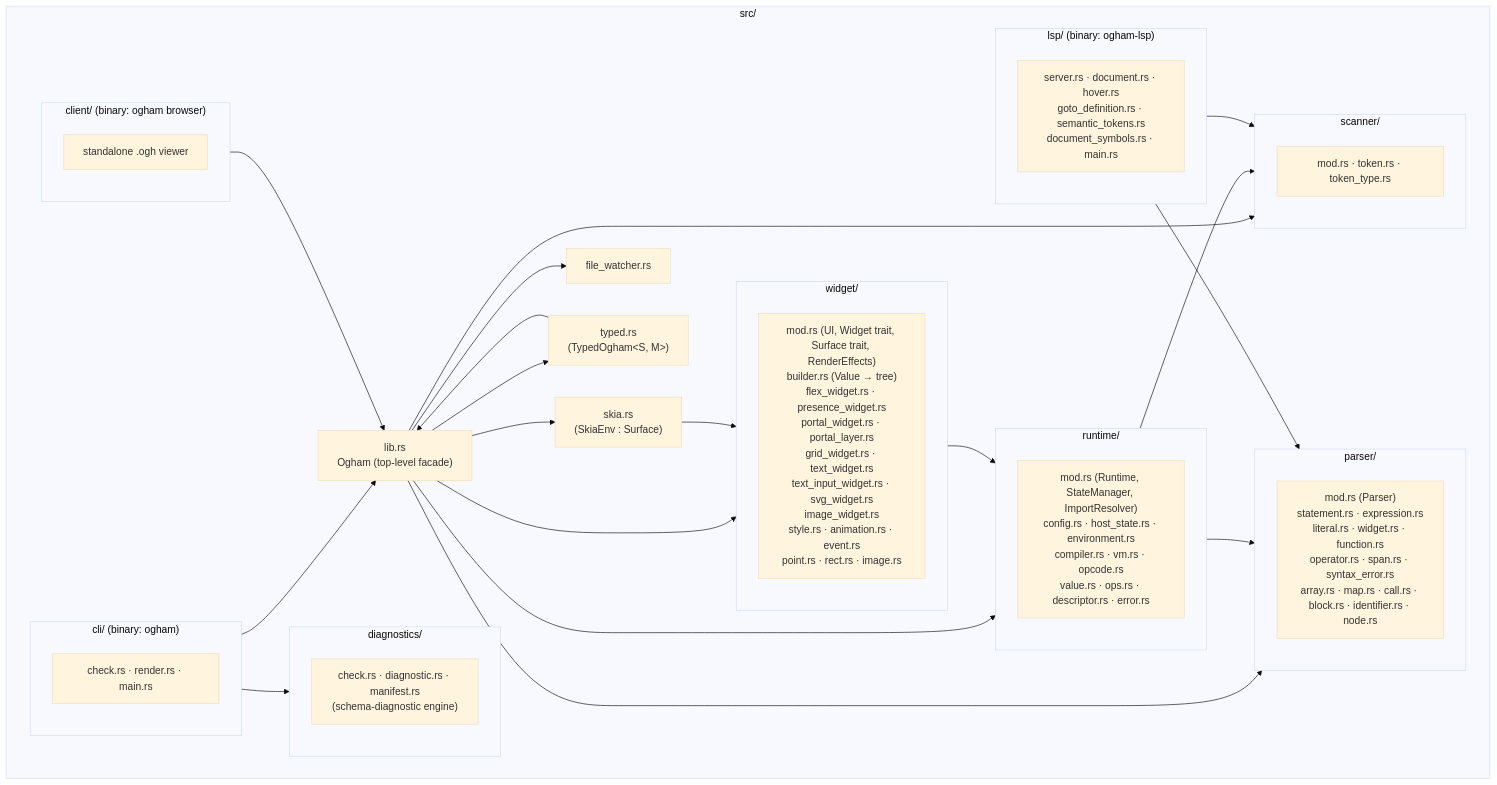
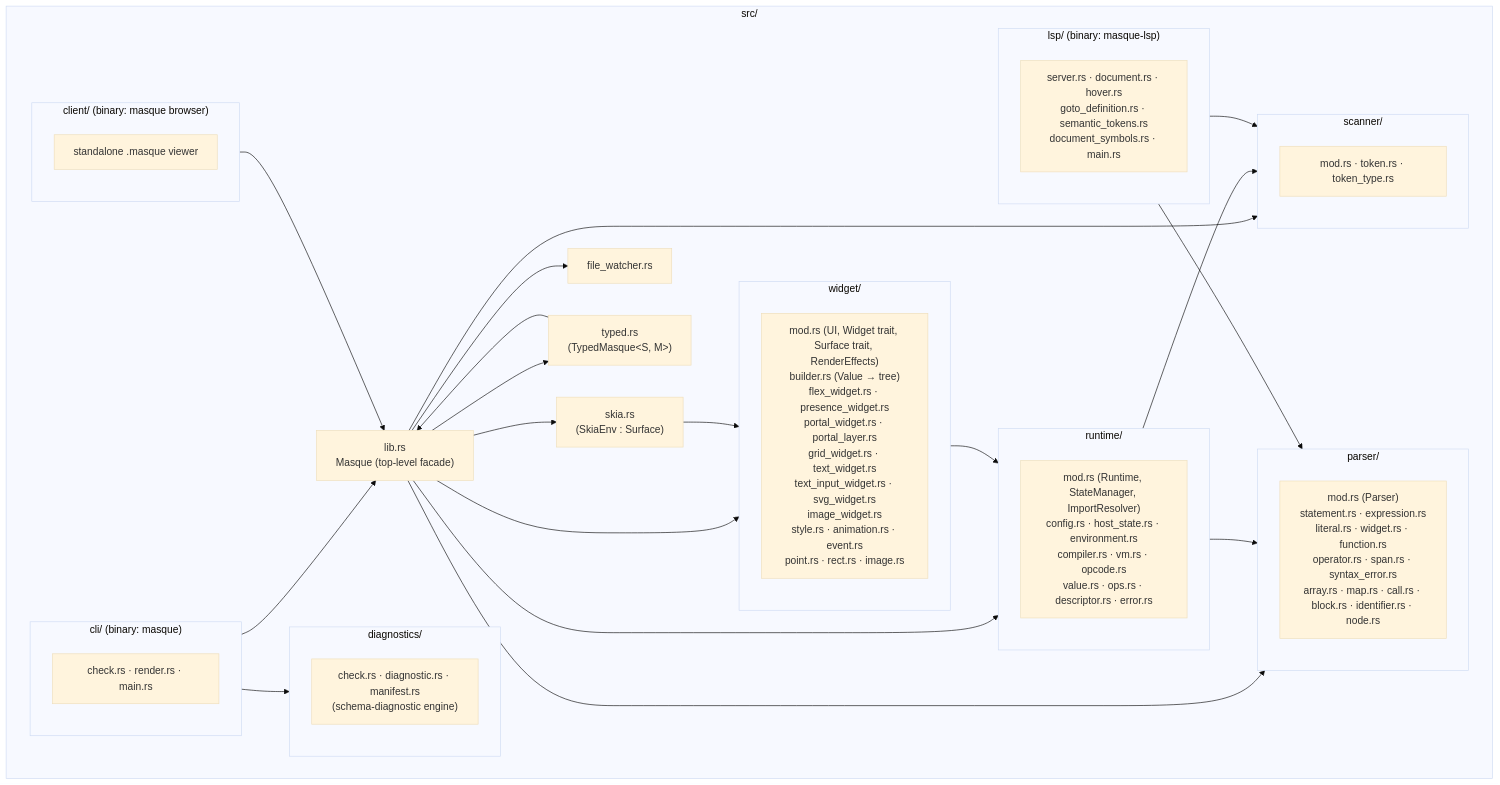
One commit to fian-team/masque changed the fourth of 5 diagrams in docs/internal/ARCHITECTURE.md. Above: the diagram before and after it, drawn with Mermaid (base theme). The commit also changed other lines of this file and 160 other files, not shown here.

Commit message:
Ogham is Masque: the crate, its derives, binaries (masque-lsp, masque-vocab), the web stage, the VSCode extension and every document's .ogh extension (now .masque) take the new name, structure is Carte wherever the docs name it, and APPLICATION.md §8.4 records the naming as resolved

````diff
--- a/docs/internal/ARCHITECTURE.md
+++ b/docs/internal/ARCHITECTURE.md
@@ -140,60 +140,60 @@
 ```mermaid
 flowchart TB
     subgraph src["src/"]
-        lib["lib.rs<br/>Ogham (top-level facade)"]
+        lib["lib.rs<br/>Masque (top-level facade)"]
 
         subgraph scanner["scanner/"]
             sc["mod.rs · token.rs · token_type.rs"]
         end
 
         subgraph parser["parser/"]
             pa["mod.rs (Parser)<br/>statement.rs · expression.rs<br/>literal.rs · widget.rs · function.rs<br/>operator.rs · span.rs · syntax_error.rs<br/>array.rs · map.rs · call.rs · block.rs · identifier.rs · node.rs"]
         end
 
         subgraph runtime["runtime/"]
             rt["mod.rs (Runtime, StateManager, ImportResolver)<br/>config.rs · host_state.rs · environment.rs<br/>compiler.rs · vm.rs · opcode.rs<br/>value.rs · ops.rs · descriptor.rs · error.rs"]
         end
 
         subgraph widget["widget/"]
             w["mod.rs (UI, Widget trait, Surface trait, RenderEffects)<br/>builder.rs (Value → tree)<br/>flex_widget.rs · presence_widget.rs<br/>portal_widget.rs · portal_layer.rs<br/>grid_widget.rs · text_widget.rs<br/>text_input_widget.rs · svg_widget.rs<br/>image_widget.rs<br/>style.rs · animation.rs · event.rs<br/>point.rs · rect.rs · image.rs"]
         end
 
         subgraph diag["diagnostics/"]
             dg["check.rs · diagnostic.rs · manifest.rs<br/>(schema-diagnostic engine)"]
         end
 
-        subgraph cli["cli/ (binary: ogham)"]
+        subgraph cli["cli/ (binary: masque)"]
             cli_files["check.rs · render.rs · main.rs"]
         end
 
-        subgraph lsp["lsp/ (binary: ogham-lsp)"]
+        subgraph lsp["lsp/ (binary: masque-lsp)"]
             l["server.rs · document.rs · hover.rs<br/>goto_definition.rs · semantic_tokens.rs<br/>document_symbols.rs · main.rs"]
         end
 
-        subgraph client["client/ (binary: ogham browser)"]
-            c["standalone .ogh viewer"]
+        subgraph client["client/ (binary: masque browser)"]
+            c["standalone .masque viewer"]
         end
 
-        typed["typed.rs<br/>(TypedOgham&lt;S, M&gt;)"]
+        typed["typed.rs<br/>(TypedMasque&lt;S, M&gt;)"]
         skia_mod["skia.rs<br/>(SkiaEnv : Surface)"]
         fw["file_watcher.rs"]
     end
 
     lib --> scanner
     lib --> parser
     lib --> runtime
     lib --> widget
     lib --> skia_mod
     lib --> fw
     lib --> typed
     runtime --> parser
     runtime --> scanner
     widget --> runtime
     skia_mod --> widget
     typed --> lib
     cli --> diag
     cli --> lib
     lsp --> scanner
     lsp --> parser
     client --> lib
 ```
````
